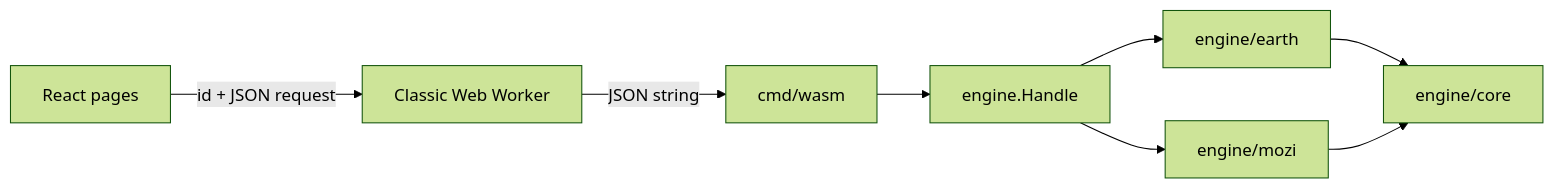
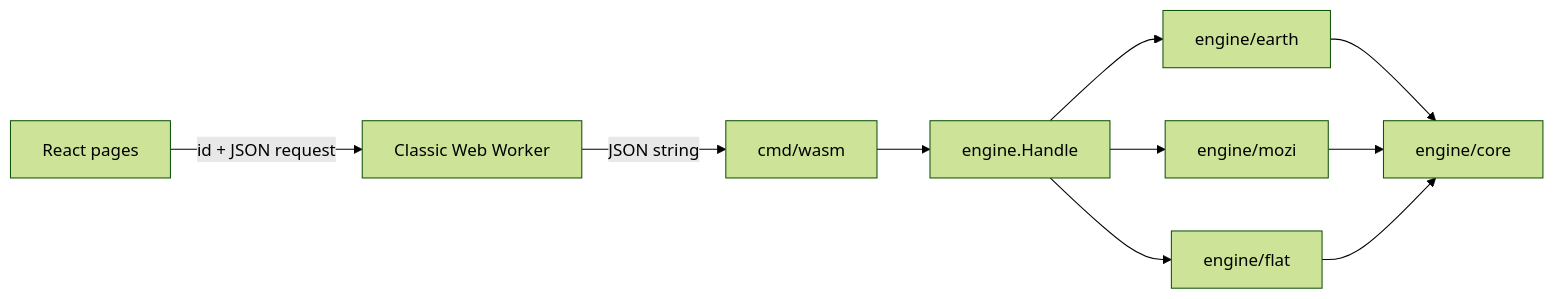
Before and after one commit to iwvelando/three-body-simulations: the diagram in docs/architecture.md, drawn with Mermaid (forest theme). The commit also changed other lines of this file and 55 other files, not shown here.

````diff
--- a/docs/architecture.md
+++ b/docs/architecture.md
@@ -5,10 +5,12 @@
 ```mermaid
 flowchart LR
   UI[React pages] -->|id + JSON request| Worker[Classic Web Worker]
   Worker -->|JSON string| WASM[cmd/wasm]
   WASM --> API[engine.Handle]
   API --> Earth[engine/earth]
   API --> Mozi[engine/mozi]
+  API --> Flat[engine/flat]
   Earth --> Core[engine/core]
   Mozi --> Core
+  Flat --> Core
 ```
````
